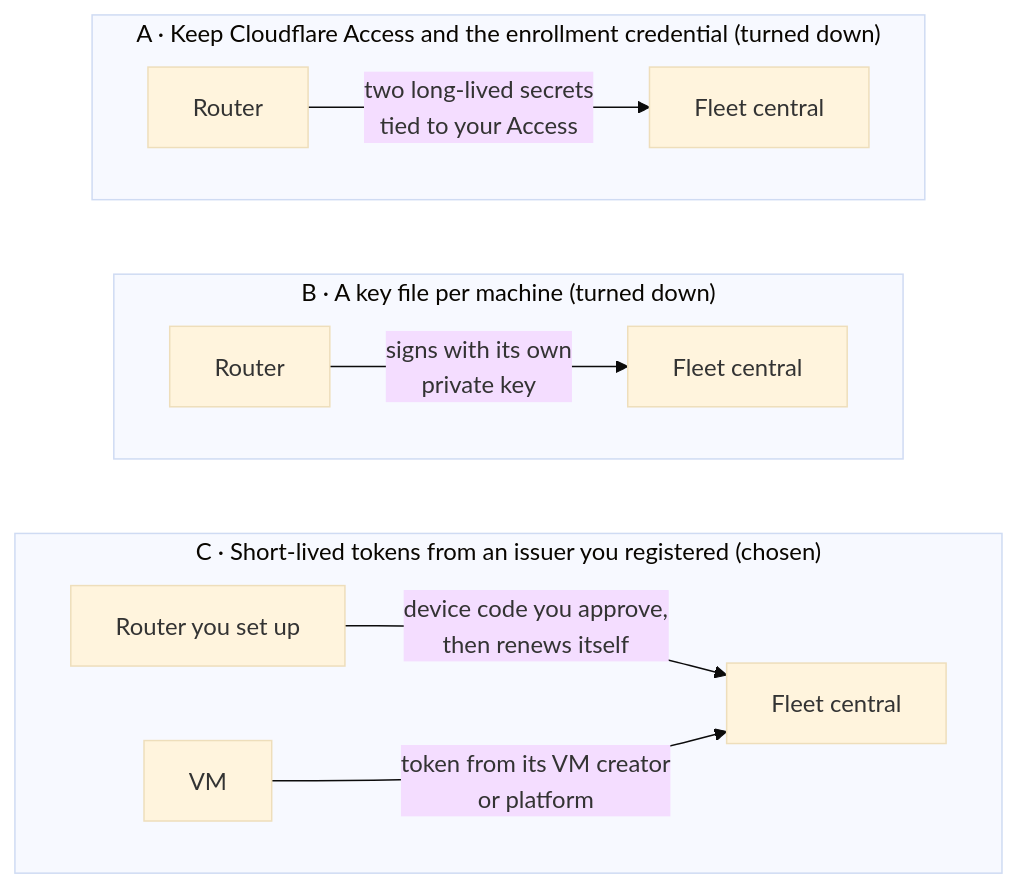
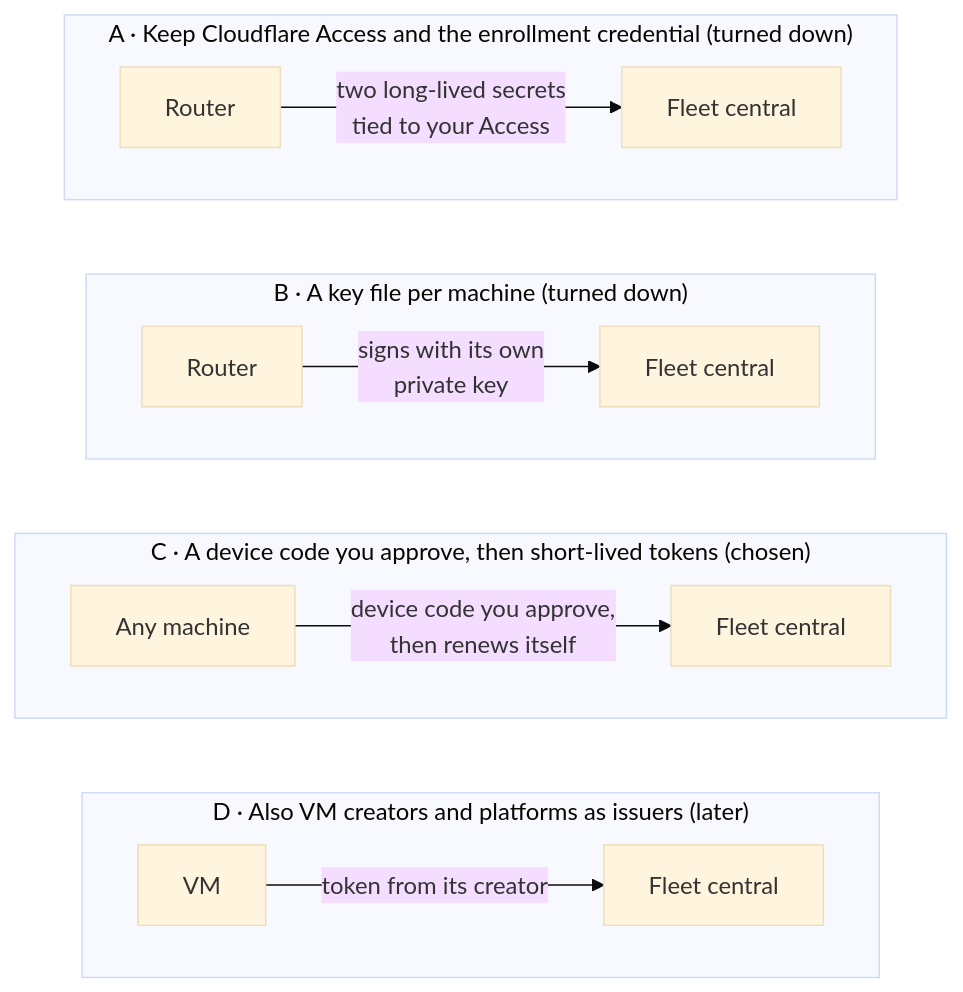
Diagram 13 of 16 in docs/specs/2026-10-24-agent-identity/alternatives.md (ShravanSunder/agent-vm), drawn with Mermaid (base theme) before and after one commit. The commit also changed other lines of this file and 5 other files, not shown here.

````diff
--- a/docs/specs/2026-10-24-agent-identity/alternatives.md
+++ b/docs/specs/2026-10-24-agent-identity/alternatives.md
@@ -402,17 +405,20 @@
 ```mermaid
 flowchart TB
   subgraph A["A · Keep Cloudflare Access and the enrollment credential (turned down)"]
     direction LR
     A1["Router"] -- two long-lived secrets<br/>tied to your Access --> A2["Fleet central"]
   end
   subgraph B["B · A key file per machine (turned down)"]
     direction LR
     B1["Router"] -- signs with its own<br/>private key --> B2["Fleet central"]
   end
-  subgraph C["C · Short-lived tokens from an issuer you registered (chosen)"]
+  subgraph C["C · A device code you approve, then short-lived tokens (chosen)"]
     direction LR
-    C1["Router you set up"] -- device code you approve,<br/>then renews itself --> C3["Fleet central"]
-    C2["VM"] -- token from its VM creator<br/>or platform --> C3
+    C1["Any machine"] -- device code you approve,<br/>then renews itself --> C3["Fleet central"]
   end
-  A ~~~ B ~~~ C
+  subgraph D["D · Also VM creators and platforms as issuers (later)"]
+    direction LR
+    D1["VM"] -- token from its creator --> D2["Fleet central"]
+  end
+  A ~~~ B ~~~ C ~~~ D
 ```
````
